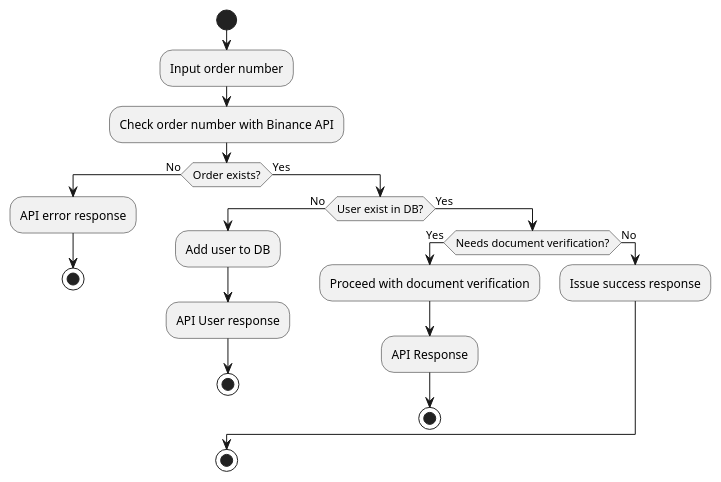
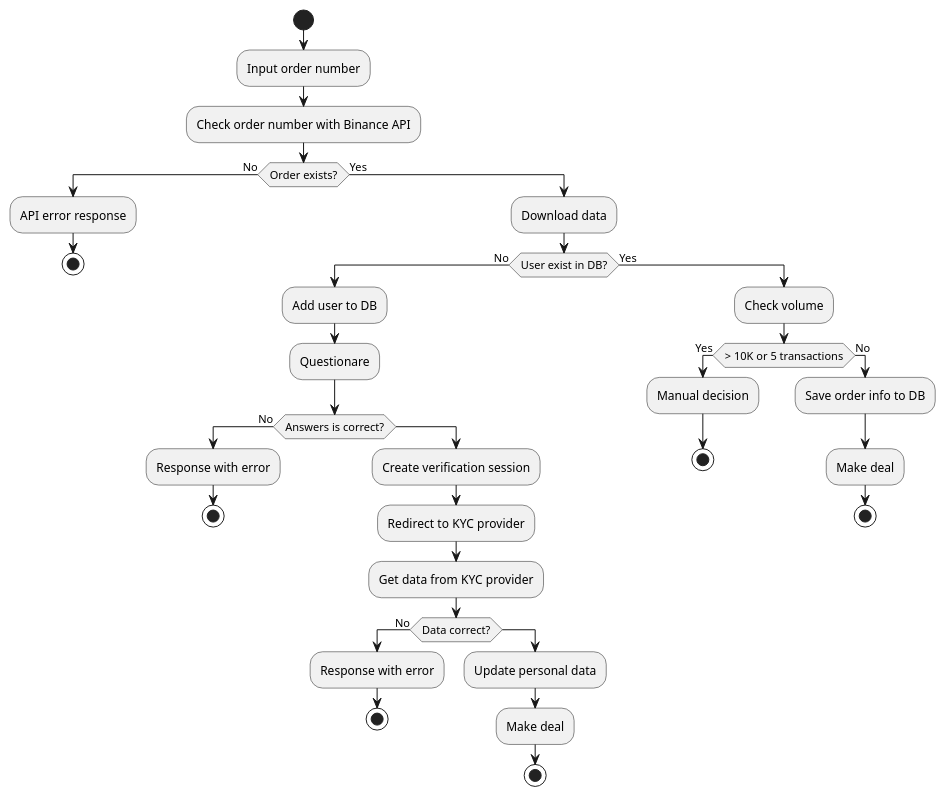
The diagram in documentation/uml/order.puml (MarchenkoRuslan/fastapi-microservice), drawn with PlantUML before and after one commit.

Commit message:
Flow improvements

```diff
--- a/documentation/uml/order.puml
+++ b/documentation/uml/order.puml
@@ -1,27 +1,43 @@
 @startuml orderFlow
 start
 
 :Input order number;
 :Check order number with Binance API;
 
 if (Order exists?) then (No)
     :API error response;
     stop
 else (Yes)
+    :Download data;
     if (User exist in DB?) then (No)
         :Add user to DB;
-        :API User response;
-        stop
+        :Questionare;
+        if (Answers is correct?) then (No)
+            :Response with error;
+            stop
+        else
+            :Create verification session;
+            :Redirect to KYC provider;
+            :Get data from KYC provider;
+            if (Data correct?) then (No)
+                :Response with error;
+                stop
+            else
+                :Update personal data;
+                :Make deal;
+                stop
+            endif
+        endif
     else (Yes)
-        if (Needs document verification?) then (Yes)
-            :Proceed with document verification;
-            :API Response;
+        :Check volume;
+        if (> 10K or 5 transactions) then (Yes)
+            :Manual decision;
             stop
         else (No)
-            :Issue success response;
+            :Save order info to DB;
+            :Make deal;
+            stop
         endif
     endif
 endif
-
-stop
 @enduml
```
